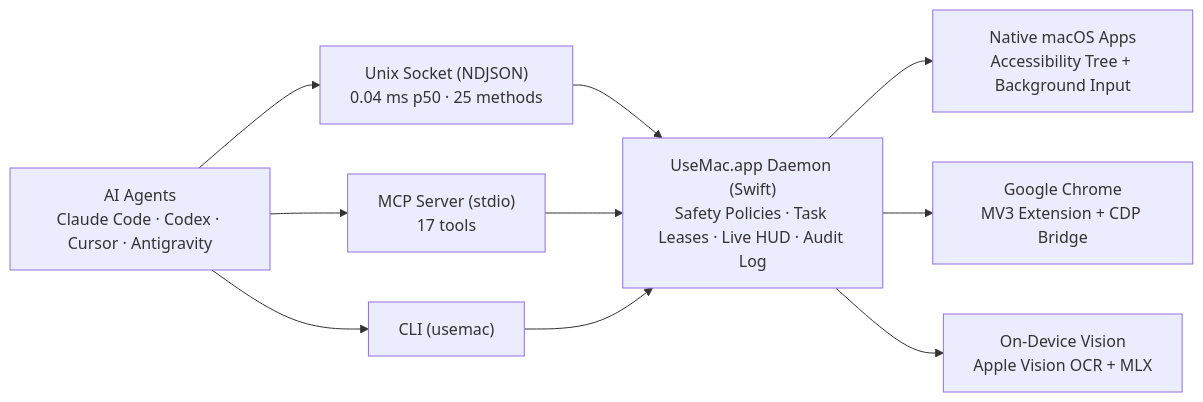
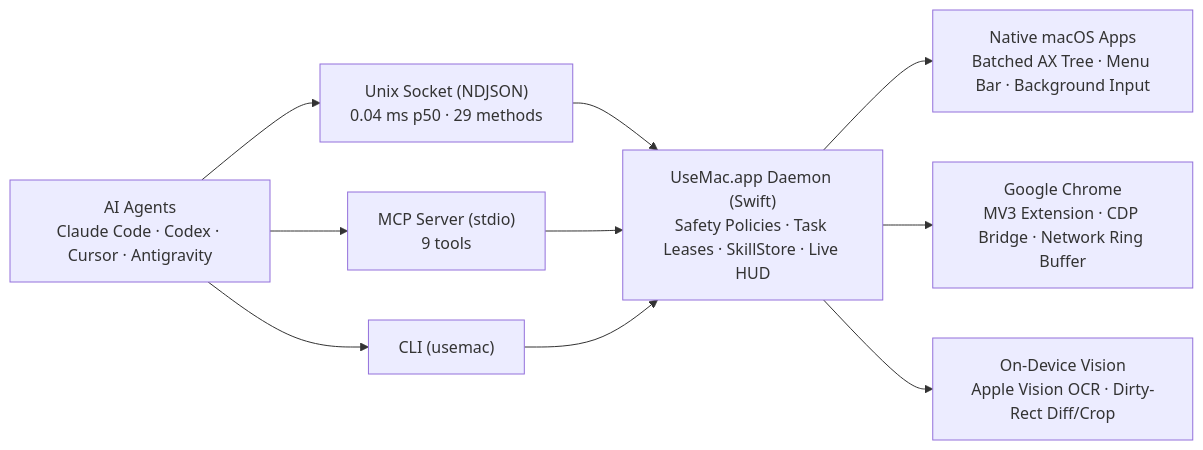
The diagram in README.md (diegosquid/usemac), drawn with Mermaid before and after one commit. The commit also changed other lines of this file and 9 other files, not shown here.

````diff
--- a/README.md
+++ b/README.md
@@ -49,21 +50,21 @@
 ```mermaid
 flowchart LR
     Agents["AI Agents<br/>Claude Code · Codex · Cursor · Antigravity"]
-    Socket["Unix Socket (NDJSON)<br/>0.04 ms p50 · 25 methods"]
-    MCP["MCP Server (stdio)<br/>17 tools"]
+    Socket["Unix Socket (NDJSON)<br/>0.04 ms p50 · 29 methods"]
+    MCP["MCP Server (stdio)<br/>9 tools"]
     CLI["CLI (usemac)"]
-    Daemon["UseMac.app Daemon (Swift)<br/>Safety Policies · Task Leases · Live HUD · Audit Log"]
-    Native["Native macOS Apps<br/>Accessibility Tree + Background Input"]
-    Chrome["Google Chrome<br/>MV3 Extension + CDP Bridge"]
-    Vision["On-Device Vision<br/>Apple Vision OCR + MLX"]
+    Daemon["UseMac.app Daemon (Swift)<br/>Safety Policies · Task Leases · SkillStore · Live HUD"]
+    Native["Native macOS Apps<br/>Batched AX Tree · Menu Bar · Background Input"]
+    Chrome["Google Chrome<br/>MV3 Extension · CDP Bridge · Network Ring Buffer"]
+    Vision["On-Device Vision<br/>Apple Vision OCR · Dirty-Rect Diff/Crop"]
 
     Agents --> Socket
     Agents --> MCP
     Agents --> CLI
     Socket --> Daemon
     MCP --> Daemon
     CLI --> Daemon
     Daemon --> Native
     Daemon --> Chrome
     Daemon --> Vision
 ```
````
